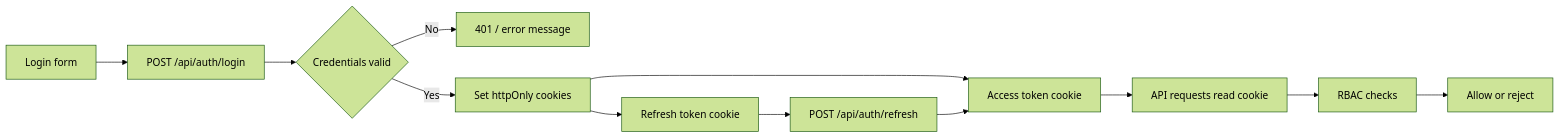
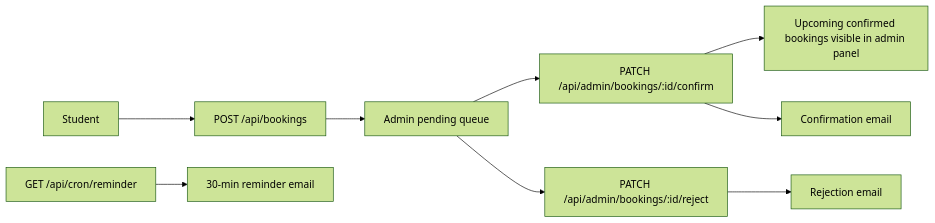
The third of 3 diagrams in README.md (KrishCodesw/CoE-Main), drawn with Mermaid (forest theme) before and after one commit. The commit also changed other lines of this file, not shown here.

````diff
--- a/README.md
+++ b/README.md
@@ -37,14 +84,11 @@
 ```mermaid
 flowchart LR
-  A[Login form] --> B[POST /api/auth/login]
-  B --> C{Credentials valid}
-  C -->|No| D[401 / error message]
-  C -->|Yes| E[Set httpOnly cookies]
-  E --> F[Access token cookie]
-  E --> G[Refresh token cookie]
-  F --> H[API requests read cookie]
-  H --> I[RBAC checks]
-  I --> J[Allow or reject]
-  G --> K[POST /api/auth/refresh]
-  K --> F
+  S[Student] --> B[POST /api/bookings]
+  B --> A1[Admin pending queue]
+  A1 --> C[PATCH /api/admin/bookings/:id/confirm]
+  A1 --> R[PATCH /api/admin/bookings/:id/reject]
+  C --> U1[Upcoming confirmed bookings visible in admin panel]
+  C --> M1[Confirmation email]
+  R --> M2[Rejection email]
+  CRON[GET /api/cron/reminder] --> M3[30-min reminder email]
 ```
````
